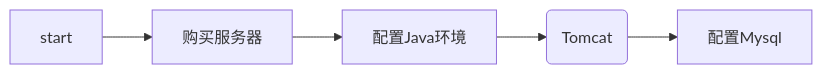
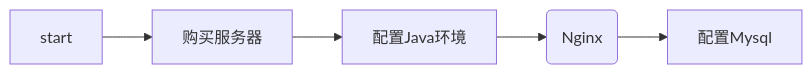
The first of 2 diagrams in README_QuickStart.md (TastSong/CrazyCar), drawn with Mermaid before and after one commit. The commit also changed other lines of this file, not shown here.

````diff
--- a/README_QuickStart.md
+++ b/README_QuickStart.md
@@ -67,4 +67,4 @@
   ```mermaid
   graph LR
-  start-->购买服务器-->配置Java环境-->配置Web服务器(Tomcat)-->配置Mysql
+  start-->购买服务器-->配置Java环境-->配置Web服务器(Nginx)-->配置Mysql
   ```
````
